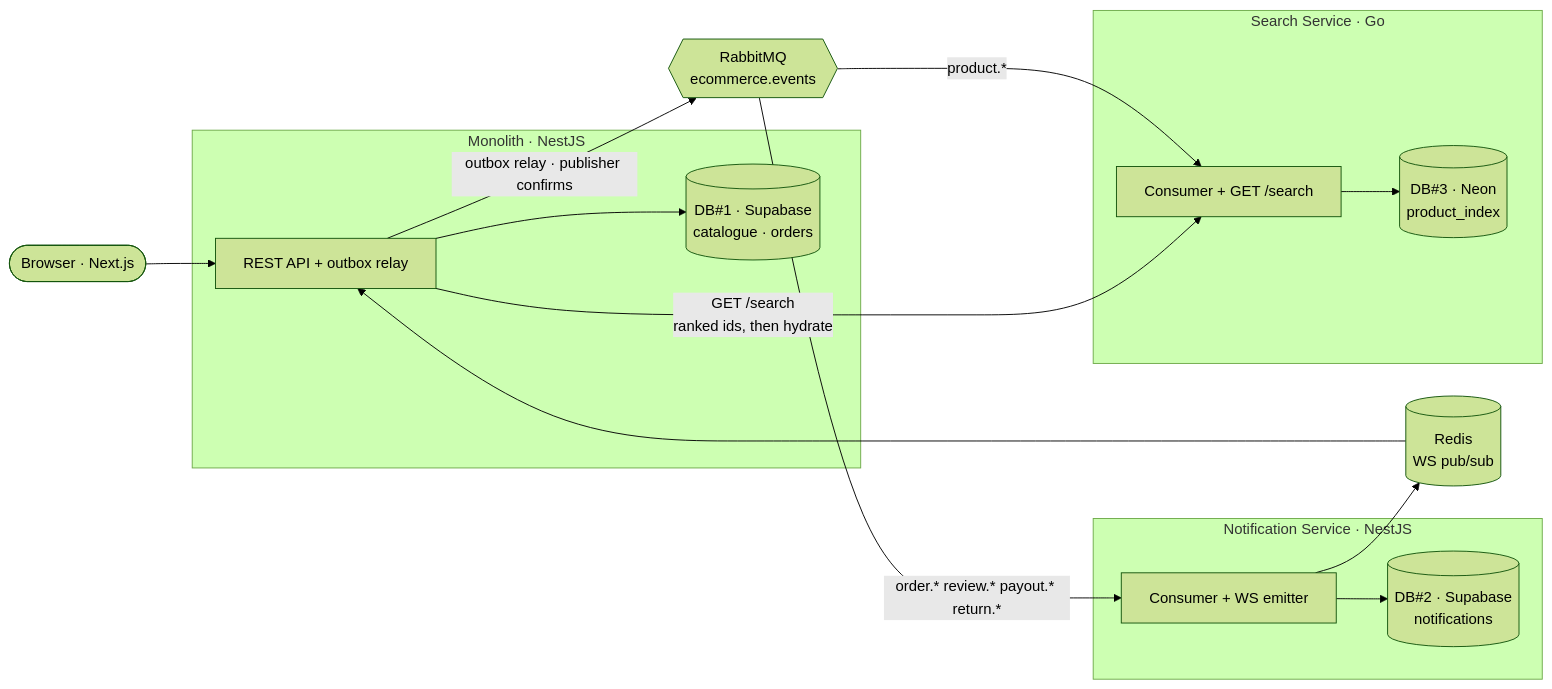
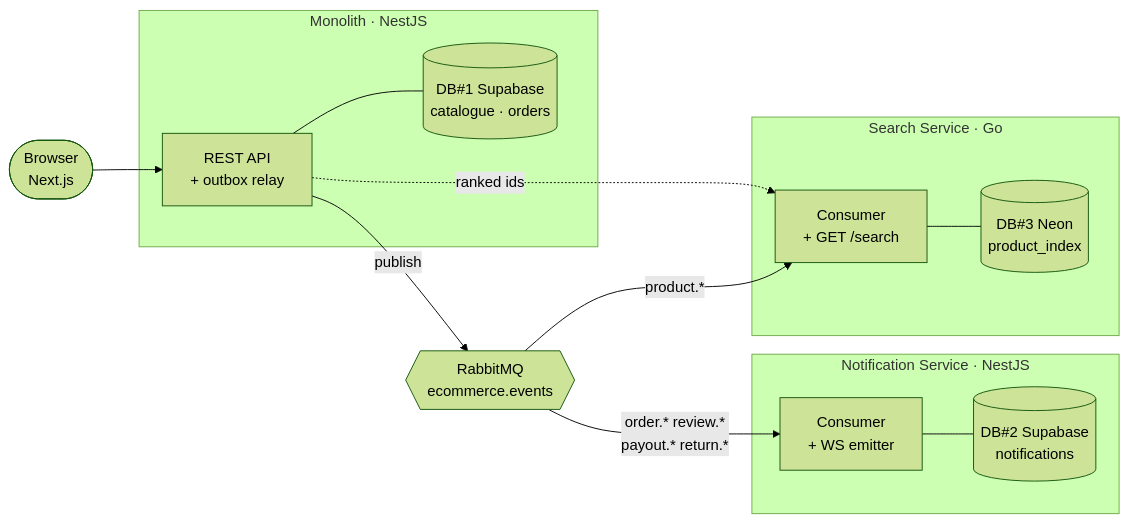
One commit to chaugiakhang193/fullstack-multi-vendor-ecommerce changed the first of 4 diagrams in README.md. Above: the diagram before and after it, drawn with Mermaid (forest theme). The commit also changed other lines of this file and 1 other file, not shown here.

Commit message:
399. docs: fix diagram layout and a link broken by 398
The system-overview flowchart placed the broker and Redis outside any
subgraph, so the layout engine floated them, and the Redis return edge ran
backwards across a left-to-right chart. Drop Redis from the overview - the
notification diagram below already draws that lane in full - give the broker
its own rank between producer and consumers, shorten the edge labels that
were rendering as boxes over the monolith subgraph, and make the one
synchronous call dashed so it reads differently from the event arrows.

Rename "Architecture diagram" to "The notification flow in detail". With a
real system diagram now above it, the old title claimed more than the
diagram shows: it has no search service in it, by design.

Also repoints observability.md at the Search Engine section. It linked to
"baseline before optimising", a heading 398 deleted when that material moved.

````diff
--- a/README.md
+++ b/README.md
@@ -75,32 +75,30 @@
 ```mermaid
 flowchart LR
-    CLIENT(["Browser · Next.js"])
+    CLIENT(["Browser<br/>Next.js"])
 
     subgraph Mono["Monolith · NestJS"]
-        API["REST API + outbox relay"]
-        DB1[("DB#1 · Supabase<br/>catalogue · orders")]
+        API["REST API<br/>+ outbox relay"]
+        DB1[("DB#1 Supabase<br/>catalogue · orders")]
     end
 
+    MQ{{"RabbitMQ<br/>ecommerce.events"}}
+
     subgraph NSvc["Notification Service · NestJS"]
-        NSC["Consumer + WS emitter"]
-        DB2[("DB#2 · Supabase<br/>notifications")]
+        NSC["Consumer<br/>+ WS emitter"]
+        DB2[("DB#2 Supabase<br/>notifications")]
     end
 
     subgraph SSvc["Search Service · Go"]
-        SC["Consumer + GET /search"]
-        DB3[("DB#3 · Neon<br/>product_index")]
+        SC["Consumer<br/>+ GET /search"]
+        DB3[("DB#3 Neon<br/>product_index")]
     end
 
-    MQ{{"RabbitMQ<br/>ecommerce.events"}}
-    REDIS[("Redis<br/>WS pub/sub")]
-
     CLIENT --> API
-    API --> DB1
-    API -->|"outbox relay · publisher confirms"| MQ
-    MQ -->|"order.* review.* payout.* return.*"| NSC
+    API --- DB1
+    API -->|publish| MQ
+    MQ -->|"order.* review.*<br/>payout.* return.*"| NSC
     MQ -->|"product.*"| SC
-    NSC --> DB2
-    SC --> DB3
-    API -->|"GET /search<br/>ranked ids, then hydrate"| SC
-    NSC --> REDIS --> API
+    NSC --- DB2
+    SC --- DB3
+    API -.->|"ranked ids"| SC
 ```
````
